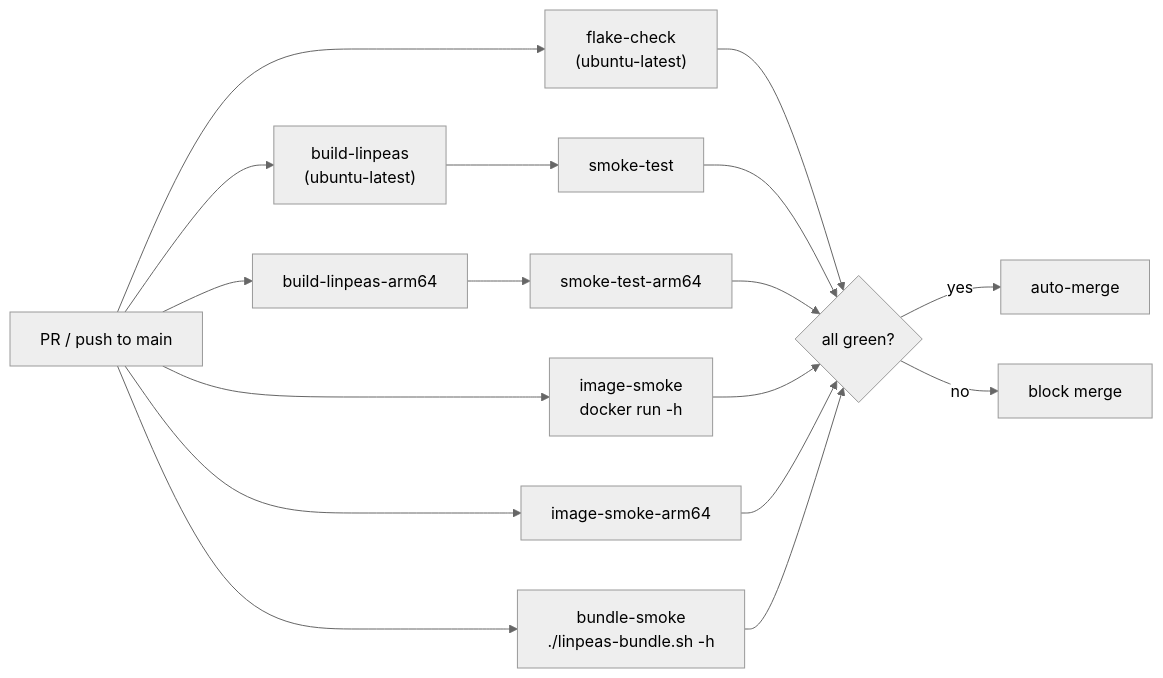
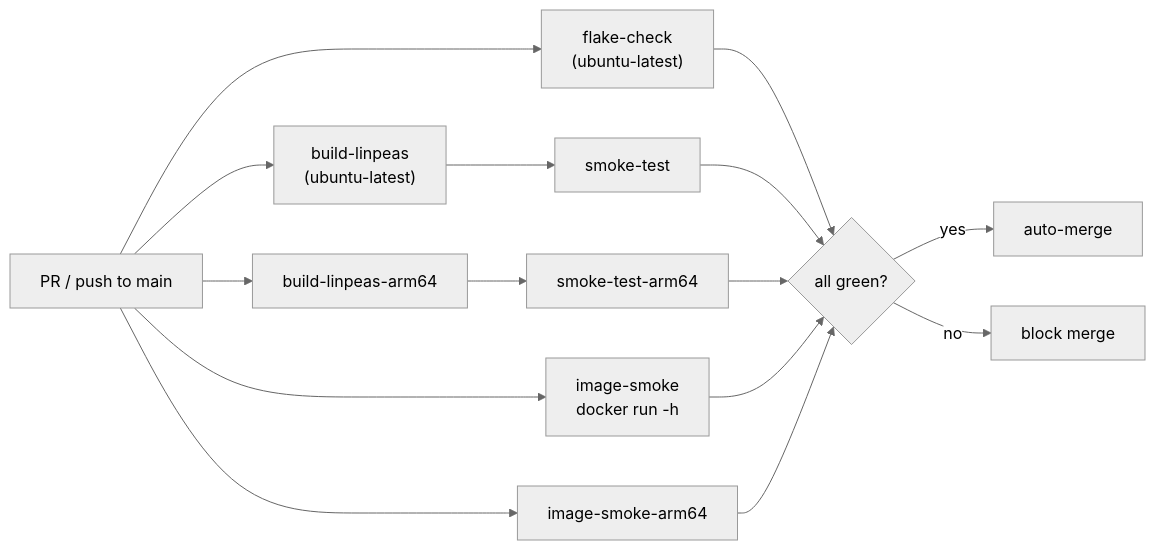
One commit to rvenutolo/linPEAS-flake changed the first of 2 diagrams in docs/architecture/ci.md. Above: the diagram before and after it, drawn with Mermaid (neutral theme). The commit also changed other lines of this file and 17 other files, not shown here.

Commit message:
docs: drop linpeas-bundle references

````diff
--- a/docs/architecture/ci.md
+++ b/docs/architecture/ci.md
@@ -7,30 +7,27 @@
 ```mermaid
 flowchart LR
   pr["PR / push to main"]
   flakecheck["flake-check<br/>(ubuntu-latest)"]
   build["build-linpeas<br/>(ubuntu-latest)"]
   smoke["smoke-test"]
   buildarm["build-linpeas-arm64"]
   smokearm["smoke-test-arm64"]
   image["image-smoke<br/>docker run -h"]
   imagearm["image-smoke-arm64"]
-  bundle["bundle-smoke<br/>./linpeas-bundle.sh -h"]
   merge{"all green?"}
   ok["auto-merge"]
   block["block merge"]
 
   pr --> flakecheck
   pr --> build --> smoke
   pr --> buildarm --> smokearm
   pr --> image
   pr --> imagearm
-  pr --> bundle
   flakecheck --> merge
   smoke --> merge
   smokearm --> merge
   image --> merge
   imagearm --> merge
-  bundle --> merge
   merge -- yes --> ok
   merge -- no --> block
 ```
````
